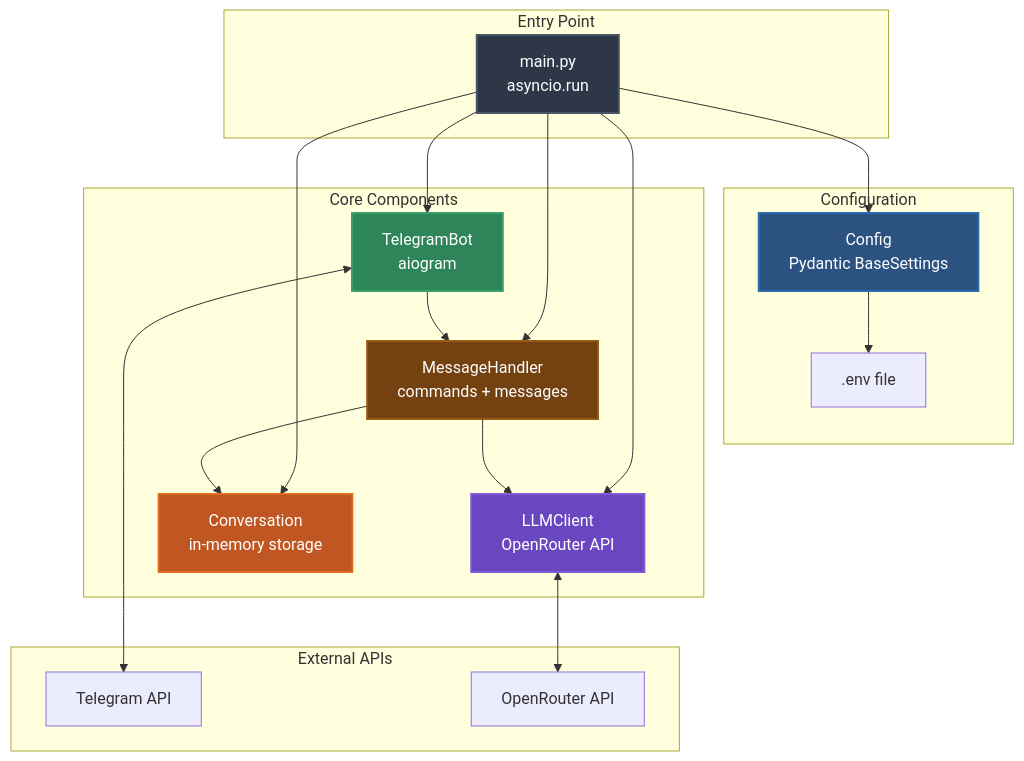
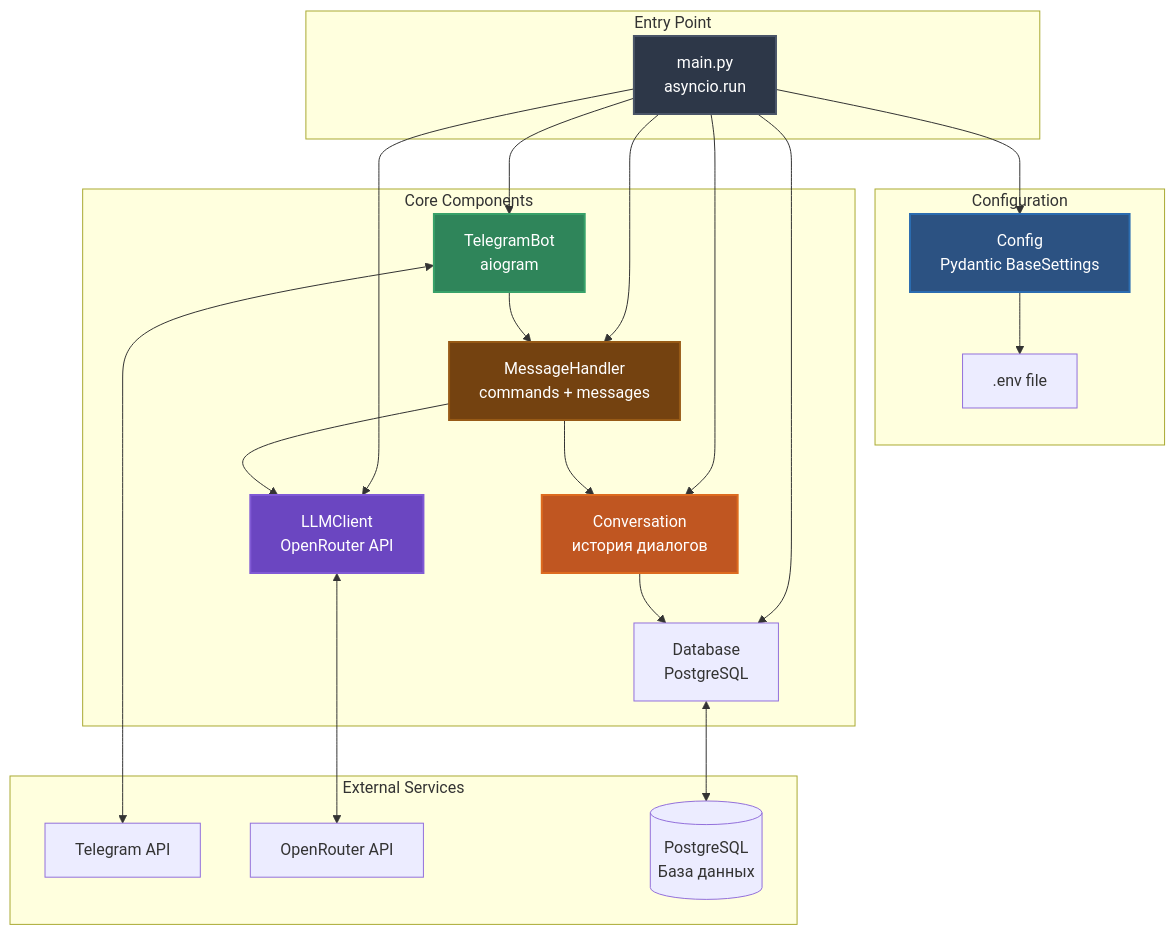
The first of 4 diagrams in docs/guides/02_ARCHITECTURE_OVERVIEW.md (Eugene-D-evelop/systech-aidd), drawn with Mermaid before and after one commit. The commit also changed other lines of this file and 13 other files, not shown here.

First line of the commit message:
docs: обновление документации после миграции на PostgreSQL

````diff
--- a/docs/guides/02_ARCHITECTURE_OVERVIEW.md
+++ b/docs/guides/02_ARCHITECTURE_OVERVIEW.md
@@ -26,44 +26,49 @@
 ```mermaid
 graph TB
     subgraph "Entry Point"
         MAIN[main.py<br/>asyncio.run]
     end
     
     subgraph "Configuration"
         CONFIG[Config<br/>Pydantic BaseSettings]
         ENV[.env file]
     end
     
     subgraph "Core Components"
         BOT[TelegramBot<br/>aiogram]
         HANDLER[MessageHandler<br/>commands + messages]
         LLM[LLMClient<br/>OpenRouter API]
-        CONV[Conversation<br/>in-memory storage]
+        CONV[Conversation<br/>история диалогов]
+        DB[Database<br/>PostgreSQL]
     end
     
-    subgraph "External APIs"
+    subgraph "External Services"
         TELEGRAM[Telegram API]
         OPENROUTER[OpenRouter API]
+        POSTGRES[(PostgreSQL<br/>База данных)]
     end
     
     MAIN --> CONFIG
     CONFIG --> ENV
     MAIN --> BOT
     MAIN --> HANDLER
     MAIN --> LLM
     MAIN --> CONV
+    MAIN --> DB
     
     BOT --> HANDLER
     HANDLER --> LLM
     HANDLER --> CONV
+    CONV --> DB
     
     BOT <--> TELEGRAM
     LLM <--> OPENROUTER
+    DB <--> POSTGRES
     
     style MAIN fill:#2d3748,stroke:#4a5568,stroke-width:2px,color:#fff
     style CONFIG fill:#2c5282,stroke:#2b6cb0,stroke-width:2px,color:#fff
     style BOT fill:#2f855a,stroke:#38a169,stroke-width:2px,color:#fff
     style HANDLER fill:#744210,stroke:#975a16,stroke-width:2px,color:#fff
     style LLM fill:#6b46c1,stroke:#805ad5,stroke-width:2px,color:#fff
     style CONV fill:#c05621,stroke:#dd6b20,stroke-width:2px,color:#fff
 ```
````
